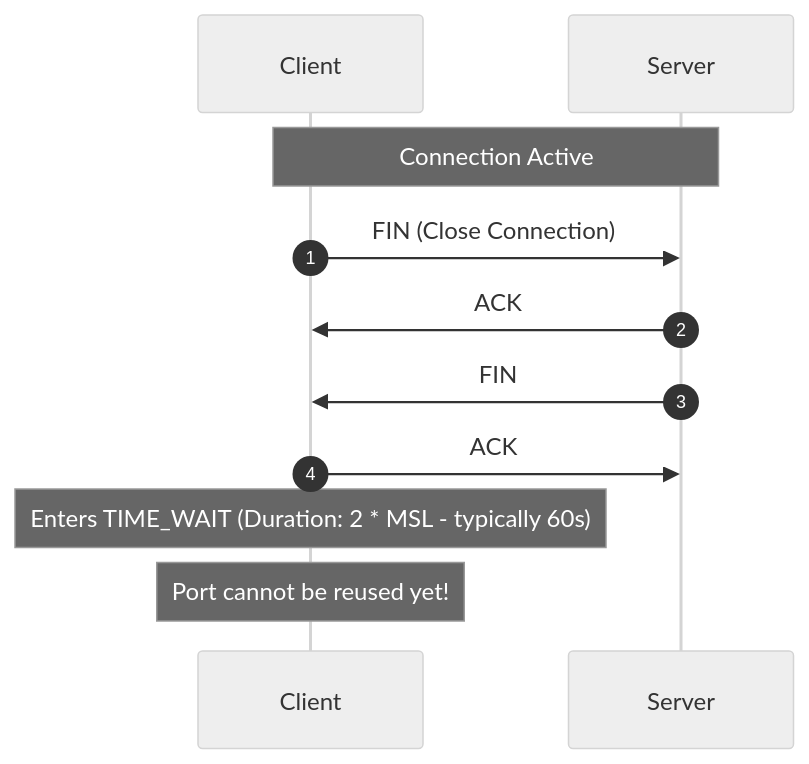
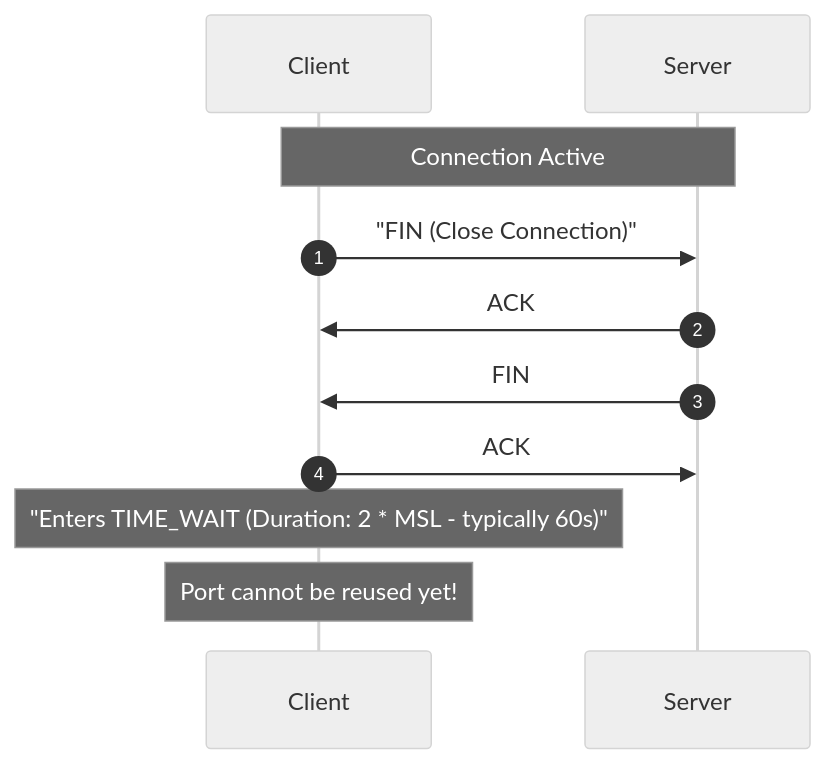
Before and after one commit to awoladhossain/awolad-docs: the fourth of 41 diagrams in content/networking.md, drawn with Mermaid (neutral theme). The commit also changed other lines of this file, not shown here.

Commit message:
fix: sanitize all sequence diagrams in networking.md by escaping special characters and declaring participants to avoid browser rendering errors

````diff
--- a/content/networking.md
+++ b/content/networking.md
@@ -127,11 +127,11 @@
 ```mermaid
 sequenceDiagram
     autonumber
     Note over Client, Server: Connection Active
-    Client->>Server: FIN (Close Connection)
+    Client->>Server: "FIN (Close Connection)"
     Server->>Client: ACK
     Server->>Client: FIN
     Client->>Server: ACK
-    Note over Client: Enters TIME_WAIT (Duration: 2 * MSL - typically 60s)
+    Note over Client: "Enters TIME_WAIT (Duration: 2 * MSL - typically 60s)"
     Note over Client: Port cannot be reused yet!
 ```
````
